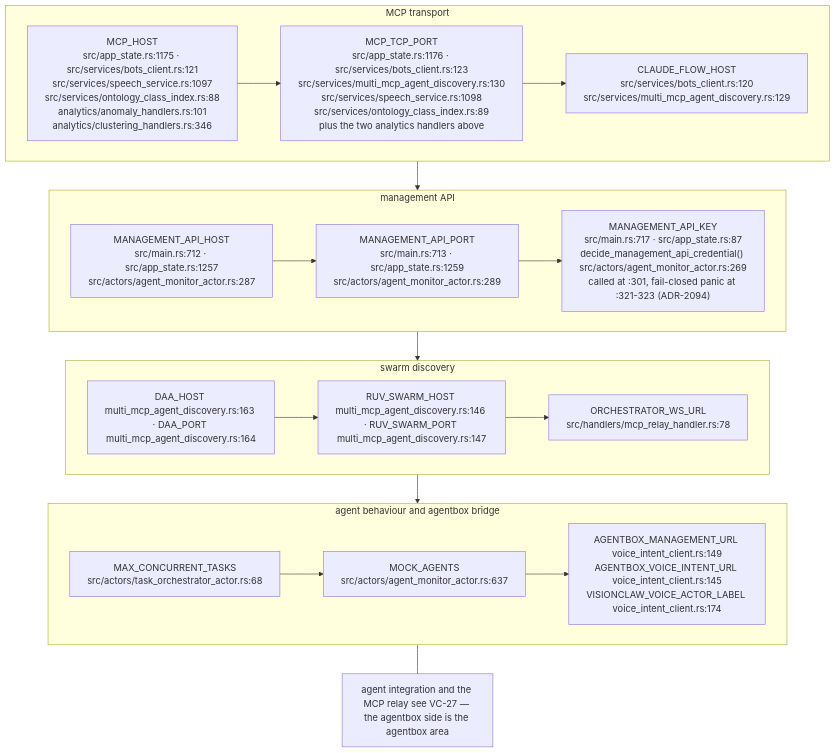
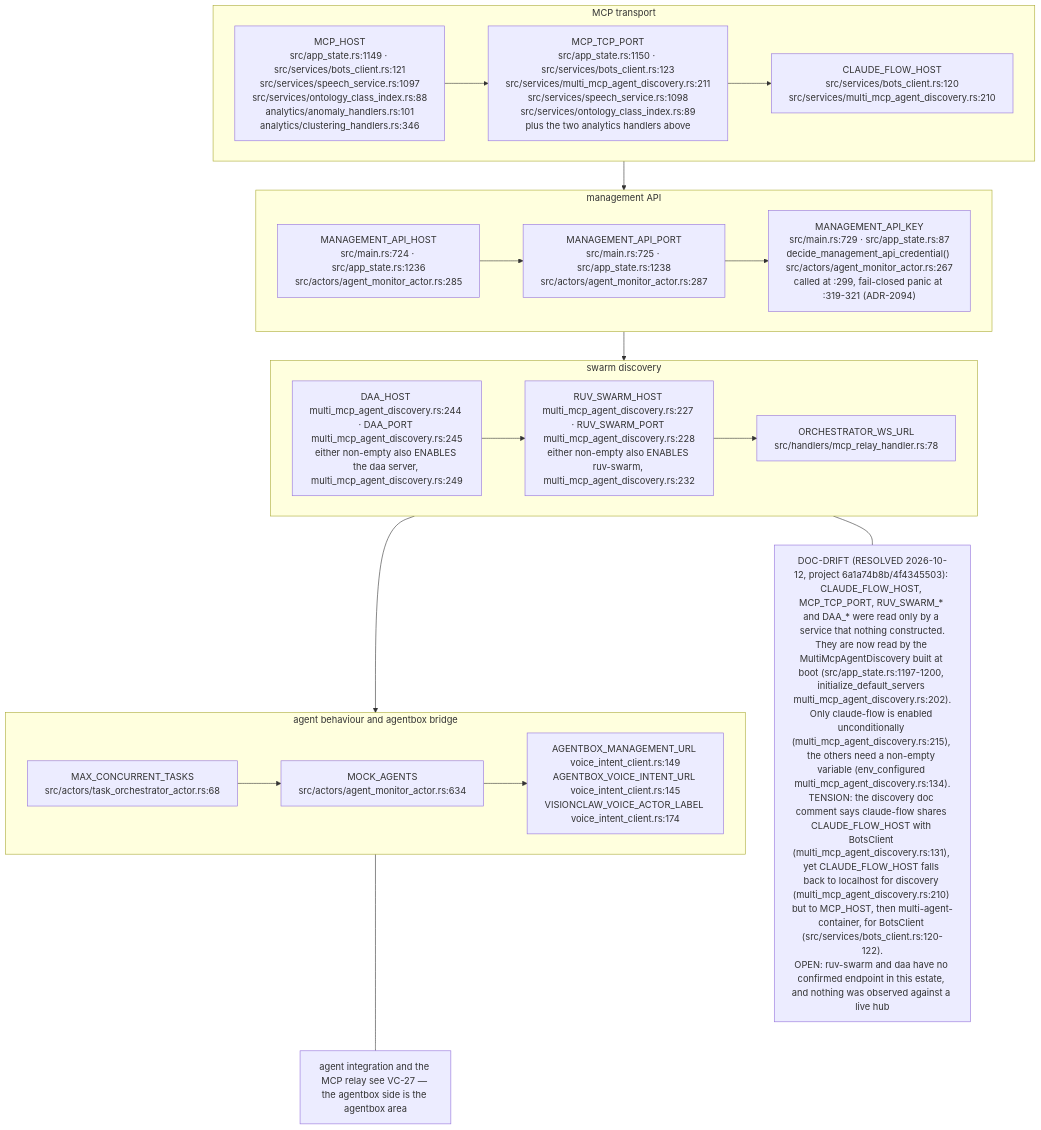
One commit to DreamLab-AI/VisionFlow changed diagram 12 of 15 in docs/diagrams/visionclaw/09-config-and-env-flags.md. Above: the diagram before and after it, drawn with Mermaid. The commit also changed other lines of this file and 8 other files, not shown here.

Commit message:
docs(diagrams): multi-MCP discovery is real; re-stamp visionclaw 01/03/05/09/27 and estate/02

````diff
--- a/docs/diagrams/visionclaw/09-config-and-env-flags.md
+++ b/docs/diagrams/visionclaw/09-config-and-env-flags.md
@@ -473,18 +473,20 @@
 ```mermaid
 flowchart TB
     subgraph MCP["MCP transport"]
-        M1["MCP_HOST<br/>src/app_state.rs:1175 · src/services/bots_client.rs:121<br/>src/services/speech_service.rs:1097<br/>src/services/ontology_class_index.rs:88<br/>analytics/anomaly_handlers.rs:101<br/>analytics/clustering_handlers.rs:346"] --> M2["MCP_TCP_PORT<br/>src/app_state.rs:1176 · src/services/bots_client.rs:123<br/>src/services/multi_mcp_agent_discovery.rs:130<br/>src/services/speech_service.rs:1098<br/>src/services/ontology_class_index.rs:89<br/>plus the two analytics handlers above"] --> M3["CLAUDE_FLOW_HOST<br/>src/services/bots_client.rs:120<br/>src/services/multi_mcp_agent_discovery.rs:129"]
+        M1["MCP_HOST<br/>src/app_state.rs:1149 · src/services/bots_client.rs:121<br/>src/services/speech_service.rs:1097<br/>src/services/ontology_class_index.rs:88<br/>analytics/anomaly_handlers.rs:101<br/>analytics/clustering_handlers.rs:346"] --> M2["MCP_TCP_PORT<br/>src/app_state.rs:1150 · src/services/bots_client.rs:123<br/>src/services/multi_mcp_agent_discovery.rs:211<br/>src/services/speech_service.rs:1098<br/>src/services/ontology_class_index.rs:89<br/>plus the two analytics handlers above"] --> M3["CLAUDE_FLOW_HOST<br/>src/services/bots_client.rs:120<br/>src/services/multi_mcp_agent_discovery.rs:210"]
     end
     subgraph MGMT["management API"]
-        G1["MANAGEMENT_API_HOST<br/>src/main.rs:712 · src/app_state.rs:1257<br/>src/actors/agent_monitor_actor.rs:287"] --> G2["MANAGEMENT_API_PORT<br/>src/main.rs:713 · src/app_state.rs:1259<br/>src/actors/agent_monitor_actor.rs:289"] --> G3["MANAGEMENT_API_KEY<br/>src/main.rs:717 · src/app_state.rs:87<br/>decide_management_api_credential() src/actors/agent_monitor_actor.rs:269<br/>called at :301, fail-closed panic at :321-323 (ADR-2094)"]
+        G1["MANAGEMENT_API_HOST<br/>src/main.rs:724 · src/app_state.rs:1236<br/>src/actors/agent_monitor_actor.rs:285"] --> G2["MANAGEMENT_API_PORT<br/>src/main.rs:725 · src/app_state.rs:1238<br/>src/actors/agent_monitor_actor.rs:287"] --> G3["MANAGEMENT_API_KEY<br/>src/main.rs:729 · src/app_state.rs:87<br/>decide_management_api_credential() src/actors/agent_monitor_actor.rs:267<br/>called at :299, fail-closed panic at :319-321 (ADR-2094)"]
     end
     subgraph DISC["swarm discovery"]
-        D1["DAA_HOST multi_mcp_agent_discovery.rs:163 · DAA_PORT multi_mcp_agent_discovery.rs:164"] --> D2["RUV_SWARM_HOST multi_mcp_agent_discovery.rs:146 · RUV_SWARM_PORT multi_mcp_agent_discovery.rs:147"] --> D3["ORCHESTRATOR_WS_URL<br/>src/handlers/mcp_relay_handler.rs:78"]
+        D1["DAA_HOST multi_mcp_agent_discovery.rs:244 · DAA_PORT multi_mcp_agent_discovery.rs:245<br/>either non-empty also ENABLES the daa server, multi_mcp_agent_discovery.rs:249"] --> D2["RUV_SWARM_HOST multi_mcp_agent_discovery.rs:227 · RUV_SWARM_PORT multi_mcp_agent_discovery.rs:228<br/>either non-empty also ENABLES ruv-swarm, multi_mcp_agent_discovery.rs:232"] --> D3["ORCHESTRATOR_WS_URL<br/>src/handlers/mcp_relay_handler.rs:78"]
     end
     subgraph AGENTS["agent behaviour and agentbox bridge"]
-        A1["MAX_CONCURRENT_TASKS<br/>src/actors/task_orchestrator_actor.rs:68"] --> A2["MOCK_AGENTS<br/>src/actors/agent_monitor_actor.rs:637"] --> A3["AGENTBOX_MANAGEMENT_URL voice_intent_client.rs:149<br/>AGENTBOX_VOICE_INTENT_URL voice_intent_client.rs:145<br/>VISIONCLAW_VOICE_ACTOR_LABEL voice_intent_client.rs:174"]
+        A1["MAX_CONCURRENT_TASKS<br/>src/actors/task_orchestrator_actor.rs:68"] --> A2["MOCK_AGENTS<br/>src/actors/agent_monitor_actor.rs:634"] --> A3["AGENTBOX_MANAGEMENT_URL voice_intent_client.rs:149<br/>AGENTBOX_VOICE_INTENT_URL voice_intent_client.rs:145<br/>VISIONCLAW_VOICE_ACTOR_LABEL voice_intent_client.rs:174"]
     end
     MCP --> MGMT --> DISC --> AGENTS
+    NR["DOC-DRIFT (RESOLVED 2026-10-12, project 6a1a74b8b/4f4345503): CLAUDE_FLOW_HOST, MCP_TCP_PORT, RUV_SWARM_* and DAA_* were read only by a service that nothing constructed.<br/>They are now read by the MultiMcpAgentDiscovery built at boot (src/app_state.rs:1197-1200, initialize_default_servers multi_mcp_agent_discovery.rs:202).<br/>Only claude-flow is enabled unconditionally (multi_mcp_agent_discovery.rs:215), the others need a non-empty variable (env_configured multi_mcp_agent_discovery.rs:134).<br/>TENSION: the discovery doc comment says claude-flow shares CLAUDE_FLOW_HOST with BotsClient (multi_mcp_agent_discovery.rs:131), yet CLAUDE_FLOW_HOST falls back to localhost for discovery (multi_mcp_agent_discovery.rs:210) but to MCP_HOST, then multi-agent-container, for BotsClient (src/services/bots_client.rs:120-122).<br/>OPEN: ruv-swarm and daa have no confirmed endpoint in this estate, and nothing was observed against a live hub"]
+    DISC --- NR
     N["agent integration and the MCP relay see VC-27 — the agentbox side is the agentbox area"]
     AGENTS --- N
 ```
````
